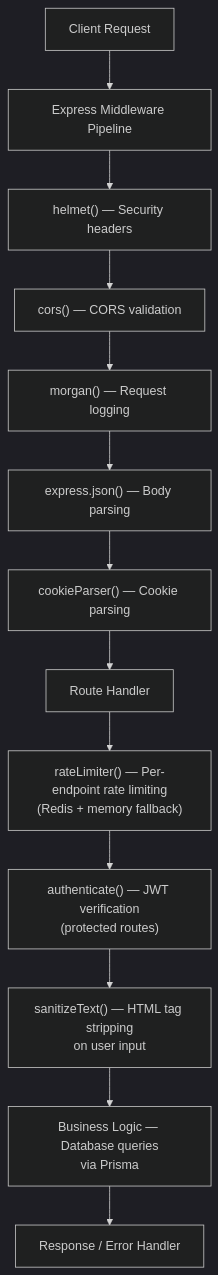
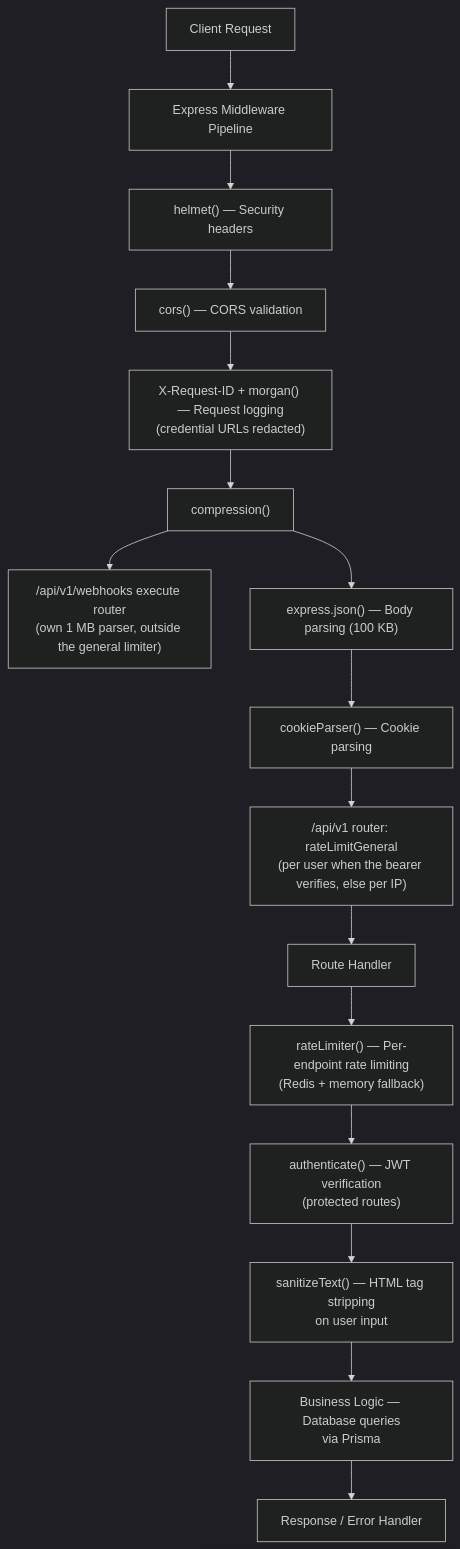
One commit to Aizen93/voxium changed the second of 15 diagrams in Architecture.md. Above: the diagram before and after it, drawn with Mermaid (dark theme). The commit also changed other lines of this file and 3 other files, not shown here.

````diff
--- a/Architecture.md
+++ b/Architecture.md
@@ -169,15 +199,18 @@
 ```mermaid
 graph TD
     A["Client Request"] --> B["Express Middleware Pipeline"]
     B --> B1["helmet() — Security headers"]
     B1 --> B2["cors() — CORS validation"]
-    B2 --> B3["morgan() — Request logging"]
-    B3 --> B4["express.json() — Body parsing"]
+    B2 --> B3["X-Request-ID + morgan() — Request logging<br/>(credential URLs redacted)"]
+    B3 --> B3a["compression()"]
+    B3a --> W["/api/v1/webhooks execute router<br/>(own 1 MB parser, outside the general limiter)"]
+    B3a --> B4["express.json() — Body parsing (100 KB)"]
     B4 --> B5["cookieParser() — Cookie parsing"]
-    B5 --> C["Route Handler"]
+    B5 --> G["/api/v1 router: rateLimitGeneral<br/>(per user when the bearer verifies, else per IP)"]
+    G --> C["Route Handler"]
     C --> C1["rateLimiter() — Per-endpoint rate limiting<br/>(Redis + memory fallback)"]
     C1 --> C2["authenticate() — JWT verification<br/>(protected routes)"]
     C2 --> C3["sanitizeText() — HTML tag stripping<br/>on user input"]
     C3 --> C4["Business Logic — Database queries<br/>via Prisma"]
     C4 --> D["Response / Error Handler"]
 ```
````
